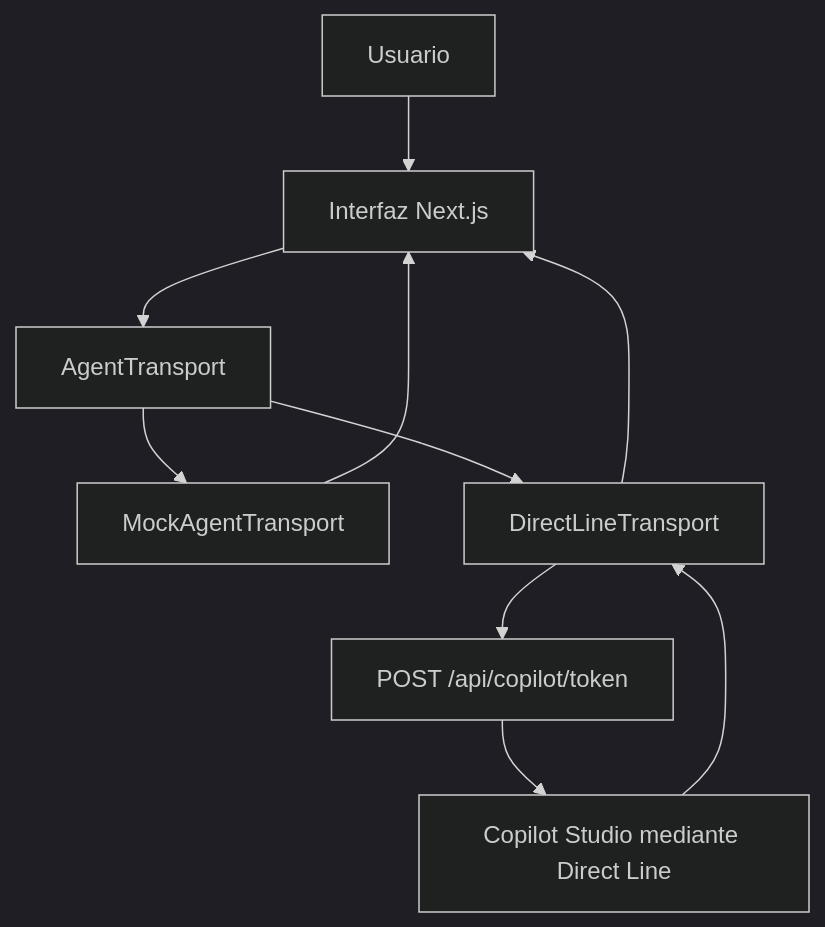
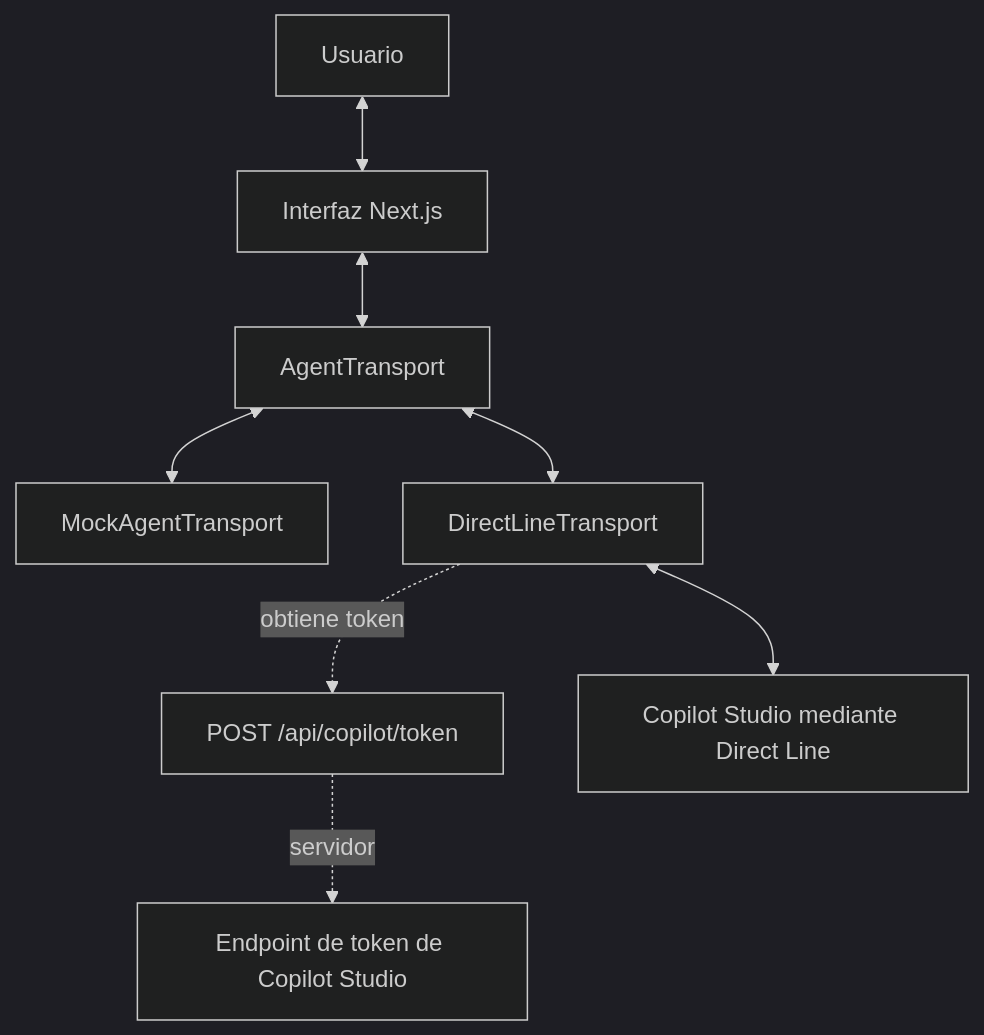
One commit to AgenticWarlock/copilot-studio-rich-ui changed the diagram in README.md. Above: the diagram before and after it, drawn with Mermaid (dark theme).

````diff
--- a/README.md
+++ b/README.md
@@ -63,12 +63,13 @@
 ```mermaid
 flowchart TD
-    user[Usuario] --> ui[Interfaz Next.js]
-    ui --> transport[AgentTransport]
-    transport --> mock[MockAgentTransport]
-    transport --> directline[DirectLineTransport]
-    directline --> token[POST /api/copilot/token]
-    token --> copilot[Copilot Studio mediante Direct Line]
-    mock --> ui
-    copilot --> directline
-    directline --> ui
+    user[Usuario] <--> ui[Interfaz Next.js]
+    ui <--> transport[AgentTransport]
+
+    transport <--> mock[MockAgentTransport]
+    transport <--> directline[DirectLineTransport]
+
+    directline -. obtiene token .-> token[POST /api/copilot/token]
+    token -. servidor .-> tokenEndpoint[Endpoint de token de Copilot Studio]
+
+    directline <--> copilot[Copilot Studio mediante Direct Line]
 ```
````
